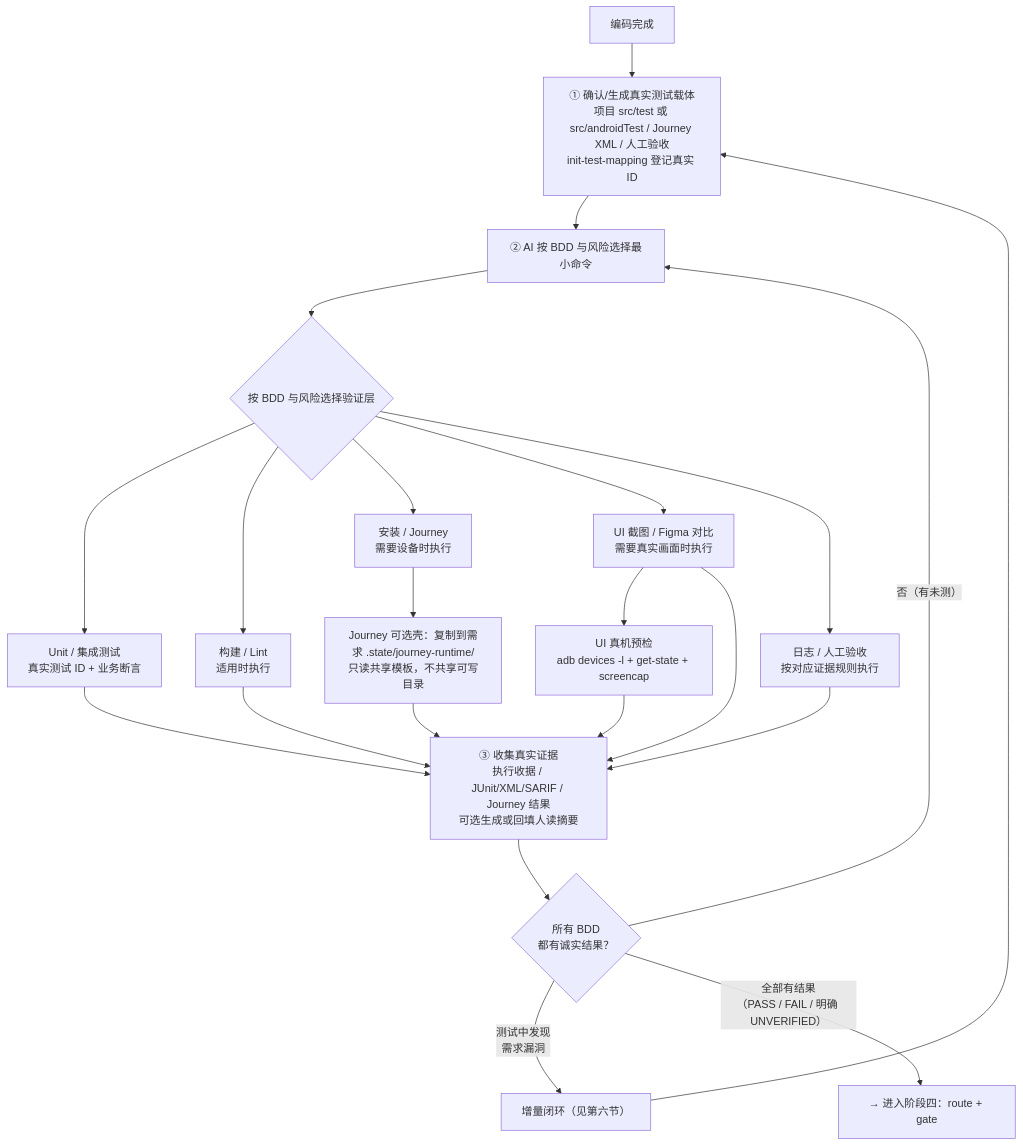
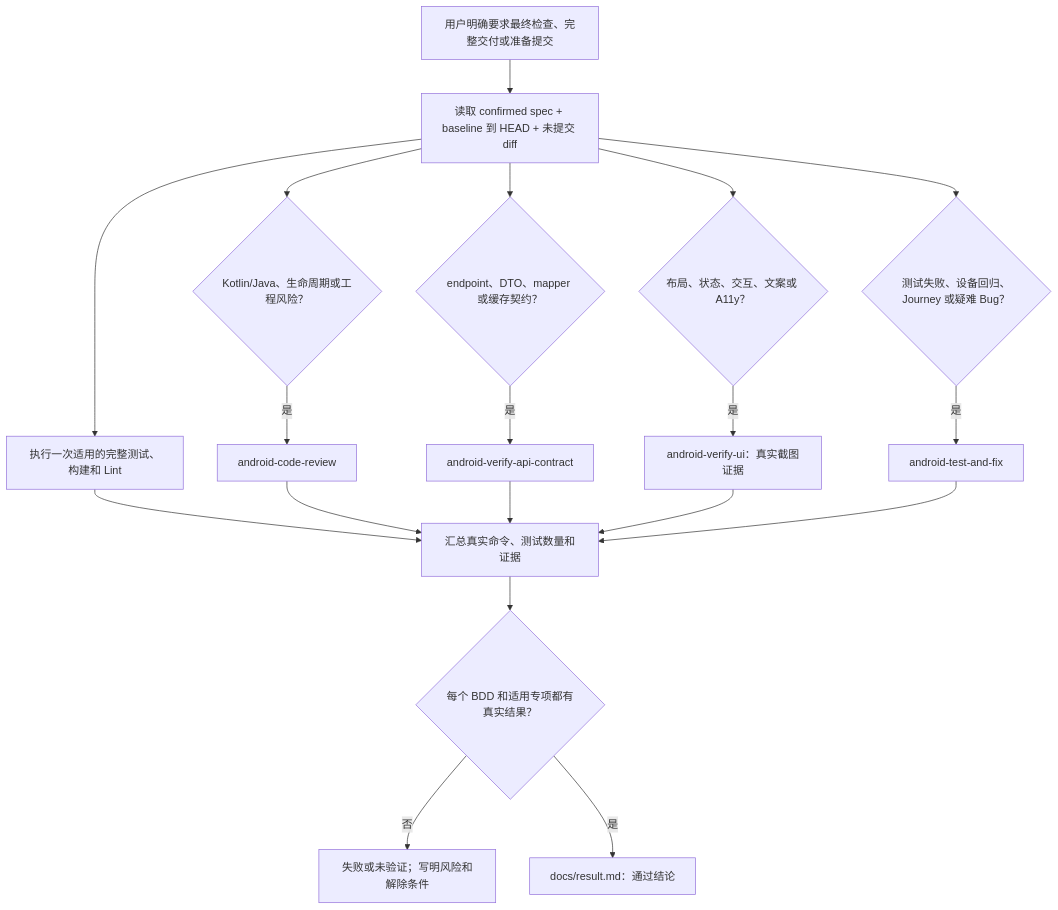
The sixth of 10 diagrams in docs/FLOW_DIAGRAMS.md (yejuntian/android-delivery-skills), drawn with Mermaid before and after one commit. The commit also changed other lines of this file and 213 other files, not shown here.

````diff
--- a/docs/FLOW_DIAGRAMS.md
+++ b/docs/FLOW_DIAGRAMS.md
@@ -223,25 +180,21 @@
 ```mermaid
 flowchart TD
-    CODE_DONE["编码完成"] --> TP1["① 确认/生成真实测试载体<br/>项目 src/test 或 src/androidTest / Journey XML / 人工验收<br/>init-test-mapping 登记真实 ID"]
-    TP1 --> TP2["② AI 按 BDD 与风险选择最小命令"]
-    TP2 --> SELECT{"按 BDD 与风险选择验证层"}
-    SELECT --> TP2A["Unit / 集成测试<br/>真实测试 ID + 业务断言"]
-    SELECT --> TP2B["构建 / Lint<br/>适用时执行"]
-    SELECT --> TP2C["安装 / Journey<br/>需要设备时执行"]
-    TP2C --> TP2C1["Journey 可选壳：复制到需求 .state/journey-runtime/<br/>只读共享模板，不共享可写目录"]
-    TP2C1 --> TP3
-    SELECT --> TP2D["UI 截图 / Figma 对比<br/>需要真实画面时执行"]
-    TP2D --> TP2D1["UI 真机预检<br/>adb devices -l + get-state + screencap"]
-    TP2D1 --> TP3
-    SELECT --> TP2E["日志 / 人工验收<br/>按对应证据规则执行"]
-    TP2E --> TP3
-    TP2A --> TP3
-    TP2B --> TP3
-    TP2D --> TP3
-    TP3["③ 收集真实证据<br/>执行收据 / JUnit/XML/SARIF / Journey 结果<br/>可选生成或回填人读摘要"]
-    TP3 --> TP4{"所有 BDD<br/>都有诚实结果？"}
-    TP4 -- "否（有未测）" --> TP2
-    TP4 -- "测试中发现<br/>需求漏洞" --> INCR["增量闭环（见第六节）"]
-    INCR --> TP1
-    TP4 -- "全部有结果<br/>（PASS / FAIL / 明确 UNVERIFIED）" --> NEXT["→ 进入阶段四：route + gate"]
+    FINAL["用户明确要求最终检查、完整交付或准备提交"] --> DIFF["读取 confirmed spec + baseline 到 HEAD + 未提交 diff"]
+    DIFF --> TESTS["执行一次适用的完整测试、构建和 Lint"]
+    DIFF --> CODE{"Kotlin/Java、生命周期或工程风险？"}
+    DIFF --> API{"endpoint、DTO、mapper 或缓存契约？"}
+    DIFF --> UI{"布局、状态、交互、文案或 A11y？"}
+    DIFF --> DEVICE{"测试失败、设备回归、Journey 或疑难 Bug？"}
+    CODE -- "是" --> REVIEW["android-code-review"]
+    API -- "是" --> APICHECK["android-verify-api-contract"]
+    UI -- "是" --> UICHECK["android-verify-ui：真实截图证据"]
+    DEVICE -- "是" --> FIX["android-test-and-fix"]
+    TESTS --> COLLECT["汇总真实命令、测试数量和证据"]
+    REVIEW --> COLLECT
+    APICHECK --> COLLECT
+    UICHECK --> COLLECT
+    FIX --> COLLECT
+    COLLECT --> COMPLETE{"每个 BDD 和适用专项都有真实结果？"}
+    COMPLETE -- "否" --> PARTIAL["失败或未验证；写明风险和解除条件"]
+    COMPLETE -- "是" --> PASS["docs/result.md：通过结论"]
 ```
````
